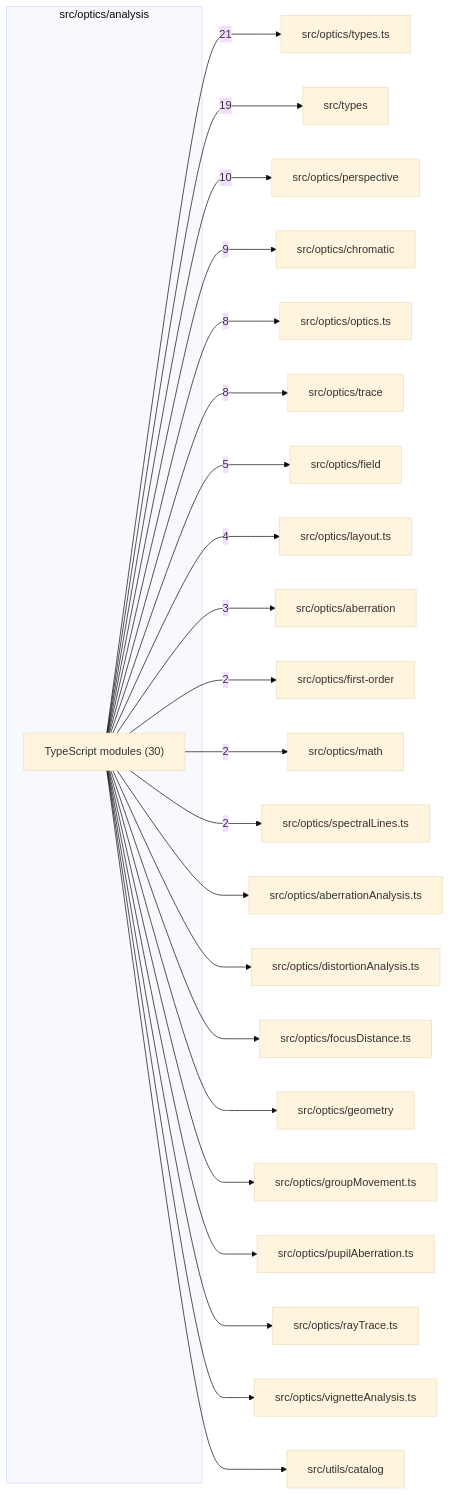
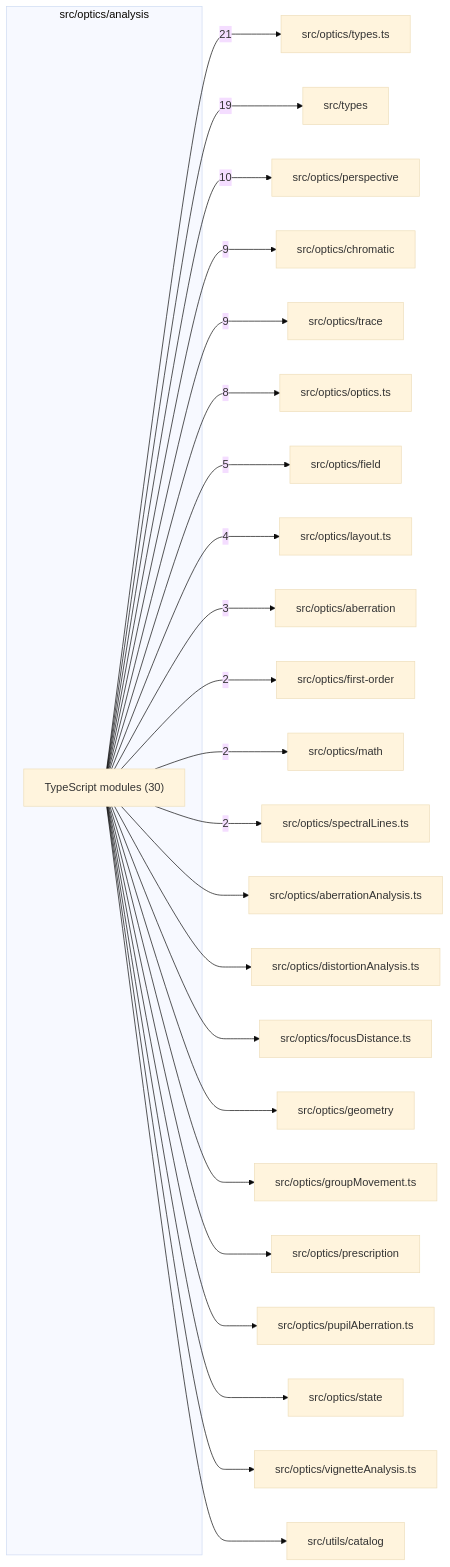
The diagram in src/optics/analysis/readme.md (BeamFour/LensVisualizer), drawn with Mermaid (base theme) before and after one commit. The commit also changed other lines of this file and 24 other files, not shown here.

````diff
--- a/src/optics/analysis/readme.md
+++ b/src/optics/analysis/readme.md
@@ -9,48 +9,50 @@
 ```mermaid
 flowchart LR
   subgraph n_src_optics_analysis["src/optics/analysis"]
     n_src_optics_analysis_TypeScript_modules["TypeScript modules (30)"]
   end
   n_external_src_optics_types_ts["src/optics/types.ts"]
   n_external_src_types["src/types"]
   n_external_src_optics_perspective["src/optics/perspective"]
   n_external_src_optics_chromatic["src/optics/chromatic"]
+  n_external_src_optics_trace["src/optics/trace"]
   n_external_src_optics_optics_ts["src/optics/optics.ts"]
-  n_external_src_optics_trace["src/optics/trace"]
   n_external_src_optics_field["src/optics/field"]
   n_external_src_optics_layout_ts["src/optics/layout.ts"]
   n_external_src_optics_aberration["src/optics/aberration"]
   n_external_src_optics_first_order["src/optics/first-order"]
   n_external_src_optics_math["src/optics/math"]
   n_external_src_optics_spectralLines_ts["src/optics/spectralLines.ts"]
   n_external_src_optics_aberrationAnalysis_ts["src/optics/aberrationAnalysis.ts"]
   n_external_src_optics_distortionAnalysis_ts["src/optics/distortionAnalysis.ts"]
   n_external_src_optics_focusDistance_ts["src/optics/focusDistance.ts"]
   n_external_src_optics_geometry["src/optics/geometry"]
   n_external_src_optics_groupMovement_ts["src/optics/groupMovement.ts"]
+  n_external_src_optics_prescription["src/optics/prescription"]
   n_external_src_optics_pupilAberration_ts["src/optics/pupilAberration.ts"]
-  n_external_src_optics_rayTrace_ts["src/optics/rayTrace.ts"]
+  n_external_src_optics_state["src/optics/state"]
   n_external_src_optics_vignetteAnalysis_ts["src/optics/vignetteAnalysis.ts"]
   n_external_src_utils_catalog["src/utils/catalog"]
   n_src_optics_analysis_TypeScript_modules --> |21| n_external_src_optics_types_ts
   n_src_optics_analysis_TypeScript_modules --> |19| n_external_src_types
   n_src_optics_analysis_TypeScript_modules --> |10| n_external_src_optics_perspective
   n_src_optics_analysis_TypeScript_modules --> |9| n_external_src_optics_chromatic
+  n_src_optics_analysis_TypeScript_modules --> |9| n_external_src_optics_trace
   n_src_optics_analysis_TypeScript_modules --> |8| n_external_src_optics_optics_ts
-  n_src_optics_analysis_TypeScript_modules --> |8| n_external_src_optics_trace
   n_src_optics_analysis_TypeScript_modules --> |5| n_external_src_optics_field
   n_src_optics_analysis_TypeScript_modules --> |4| n_external_src_optics_layout_ts
   n_src_optics_analysis_TypeScript_modules --> |3| n_external_src_optics_aberration
   n_src_optics_analysis_TypeScript_modules --> |2| n_external_src_optics_first_order
   n_src_optics_analysis_TypeScript_modules --> |2| n_external_src_optics_math
   n_src_optics_analysis_TypeScript_modules --> |2| n_external_src_optics_spectralLines_ts
   n_src_optics_analysis_TypeScript_modules --> n_external_src_optics_aberrationAnalysis_ts
   n_src_optics_analysis_TypeScript_modules --> n_external_src_optics_distortionAnalysis_ts
   n_src_optics_analysis_TypeScript_modules --> n_external_src_optics_focusDistance_ts
   n_src_optics_analysis_TypeScript_modules --> n_external_src_optics_geometry
   n_src_optics_analysis_TypeScript_modules --> n_external_src_optics_groupMovement_ts
+  n_src_optics_analysis_TypeScript_modules --> n_external_src_optics_prescription
   n_src_optics_analysis_TypeScript_modules --> n_external_src_optics_pupilAberration_ts
-  n_src_optics_analysis_TypeScript_modules --> n_external_src_optics_rayTrace_ts
+  n_src_optics_analysis_TypeScript_modules --> n_external_src_optics_state
   n_src_optics_analysis_TypeScript_modules --> n_external_src_optics_vignetteAnalysis_ts
   n_src_optics_analysis_TypeScript_modules --> n_external_src_utils_catalog
 ```
````
